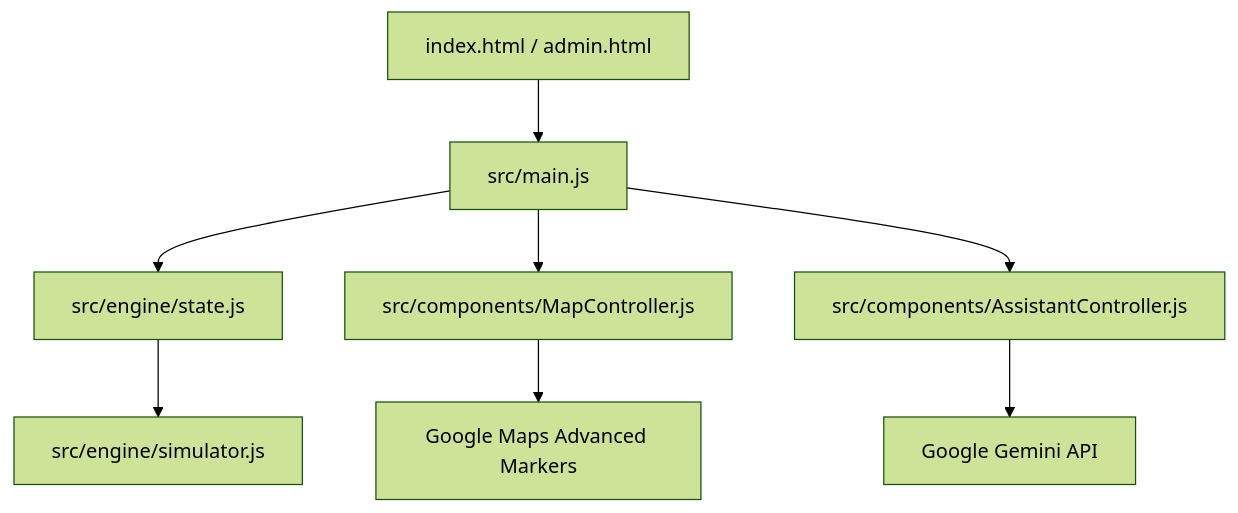
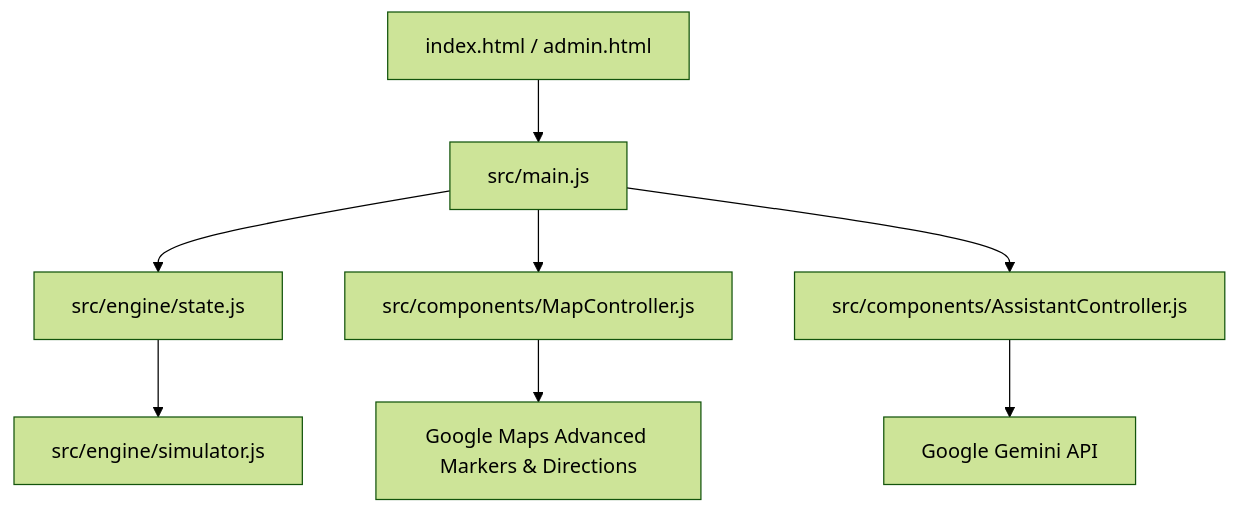
The diagram in README.md (kumarakshu/stadium-smart-ai), drawn with Mermaid (forest theme) before and after one commit. The commit also changed other lines of this file, not shown here.

````diff
--- a/README.md
+++ b/README.md
@@ -22,10 +45,10 @@
 ```mermaid
 graph TD
     A[index.html / admin.html] --> B[src/main.js]
     B --> C[src/engine/state.js]
     C --> D[src/engine/simulator.js]
     B --> E[src/components/MapController.js]
     B --> F[src/components/AssistantController.js]
     F --> G[Google Gemini API]
-    E --> H[Google Maps Advanced Markers]
+    E --> H[Google Maps Advanced Markers & Directions]
 ```
````
